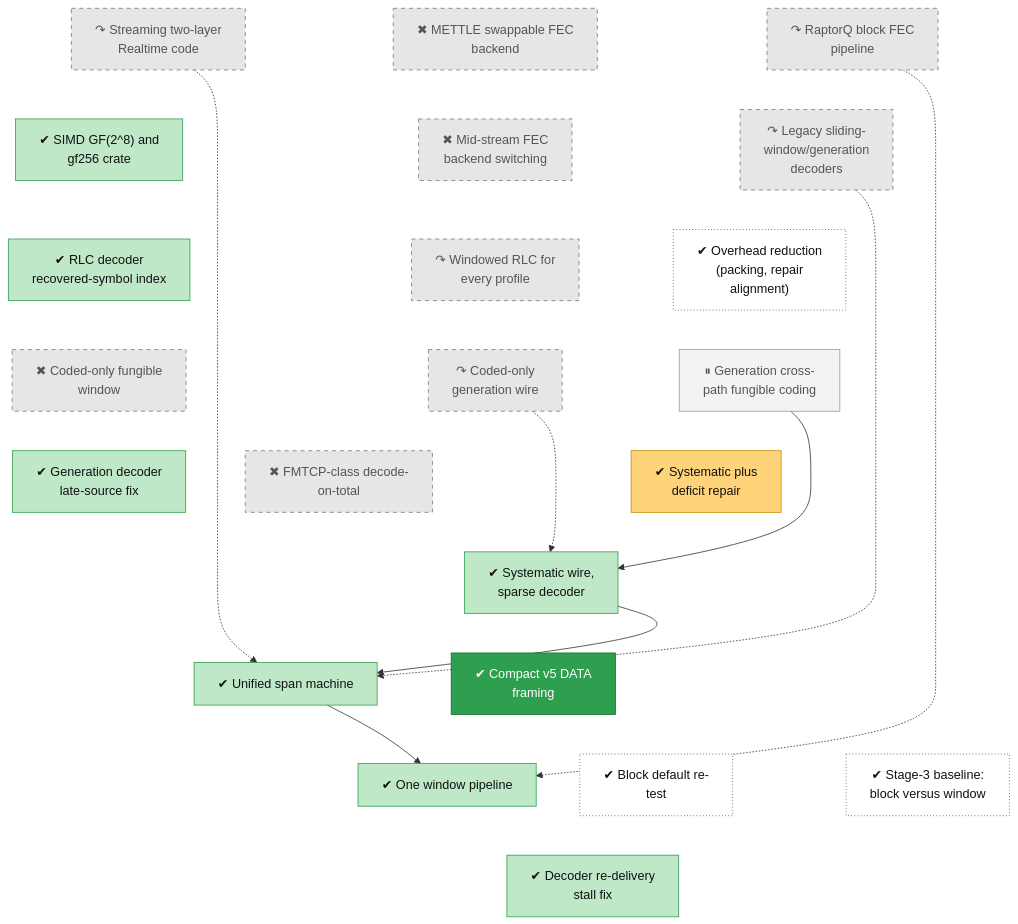
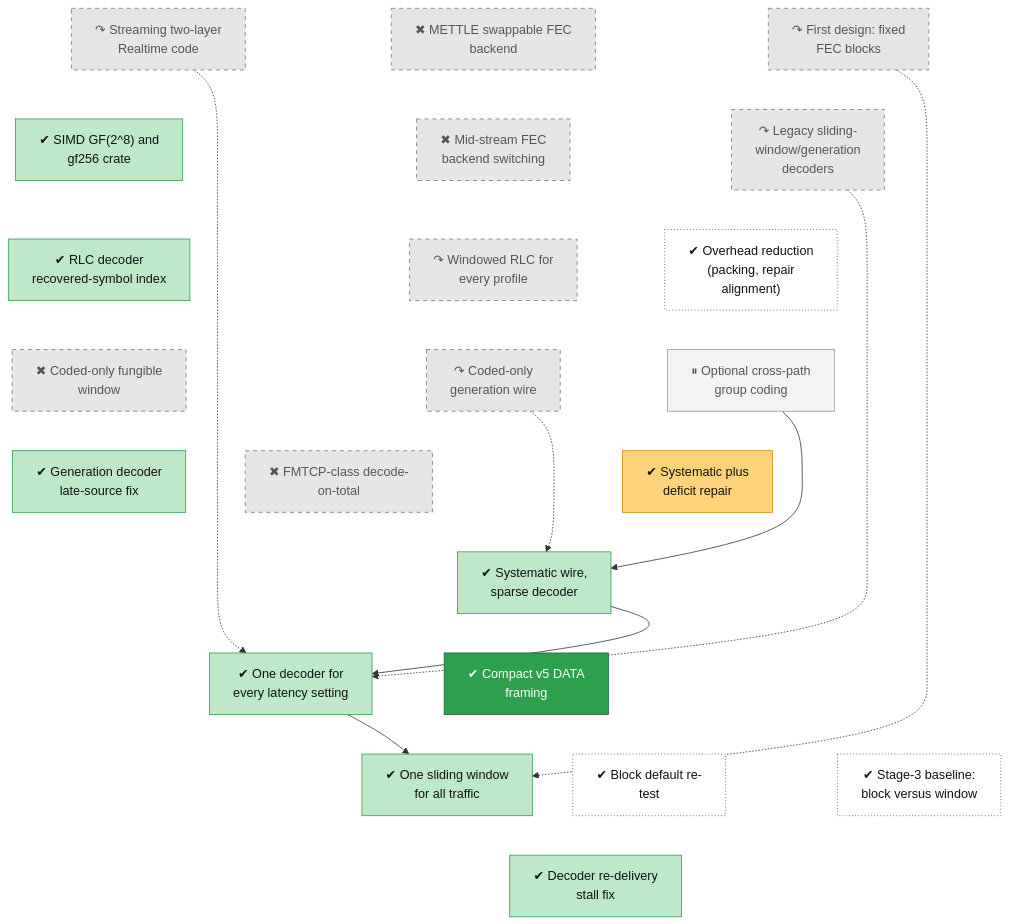
One commit to lhns/raptorpath changed the diagram in docs/roadmap/tracks/cod.md. Above: the diagram before and after it, drawn with Mermaid. The commit also changed other lines of this file and 15 other files, not shown here.

First line of the commit message:
roadmap: titles and plain sentences from the re-check

````diff
--- a/docs/roadmap/tracks/cod.md
+++ b/docs/roadmap/tracks/cod.md
@@ -10,74 +10,74 @@
 ```mermaid
 flowchart TB
-    cod_block_pipeline["↷ RaptorQ block FEC<br/>pipeline"]
+    cod_block_pipeline["↷ First design: fixed<br/>FEC blocks"]
     cod_mettle["✖ METTLE swappable FEC<br/>backend"]
     cod_streaming_code["↷ Streaming two-layer<br/>Realtime code"]
     cod_legacy_rlc["↷ Legacy sliding-<br/>window/generation<br/>decoders"]
     cod_backend_switch["✖ Mid-stream FEC<br/>backend switching"]
     cod_gf256_simd["✔ SIMD GF(2^8) and<br/>gf256 crate"]
     cod_overhead_reduction["✔ Overhead reduction<br/>(packing, repair<br/>alignment)"]
     cod_rlc_all_profiles["↷ Windowed RLC for<br/>every profile"]
     cod_rlc_index["✔ RLC decoder<br/>recovered-symbol index"]
-    cod_generation_coding["⏸ Generation cross-<br/>path fungible coding"]
+    cod_generation_coding["⏸ Optional cross-path<br/>group coding"]
     cod_coded_only_wire["↷ Coded-only<br/>generation wire"]
     cod_fungible_window["✖ Coded-only fungible<br/>window"]
     cod_systematic_deficit["✔ Systematic plus<br/>deficit repair"]
     cod_fmtcp["✖ FMTCP-class decode-<br/>on-total"]
     cod_gen_decoder_fix["✔ Generation decoder<br/>late-source fix"]
     cod_systematic_wire["✔ Systematic wire,<br/>sparse decoder"]
-    cod_unified_span["✔ Unified span machine"]
+    cod_unified_span["✔ One decoder for<br/>every latency setting"]
     cod_wire_compact["✔ Compact v5 DATA<br/>framing"]
-    cod_one_pipeline["✔ One window pipeline"]
+    cod_one_pipeline["✔ One sliding window<br/>for all traffic"]
     cod_s4_block_retest["✔ Block default re-<br/>test"]
     cod_s5_stage3_baseline["✔ Stage-3 baseline:<br/>block versus window"]
     cod_debug_stall["✔ Decoder re-delivery<br/>stall fix"]
     cod_block_pipeline ~~~ cod_legacy_rlc
     cod_mettle ~~~ cod_backend_switch
     cod_streaming_code ~~~ cod_gf256_simd
     cod_legacy_rlc ~~~ cod_overhead_reduction
     cod_backend_switch ~~~ cod_rlc_all_profiles
     cod_gf256_simd ~~~ cod_rlc_index
     cod_overhead_reduction ~~~ cod_generation_coding
     cod_rlc_all_profiles ~~~ cod_coded_only_wire
     cod_rlc_index ~~~ cod_fungible_window
     cod_generation_coding ~~~ cod_systematic_deficit
     cod_coded_only_wire ~~~ cod_fmtcp
     cod_fungible_window ~~~ cod_gen_decoder_fix
     cod_systematic_deficit ~~~ cod_systematic_wire
     cod_fmtcp ~~~ cod_systematic_wire
     cod_gen_decoder_fix ~~~ cod_systematic_wire
     cod_systematic_wire ~~~ cod_unified_span
     cod_systematic_wire ~~~ cod_wire_compact
     cod_unified_span ~~~ cod_one_pipeline
     cod_wire_compact ~~~ cod_s4_block_retest
     cod_wire_compact ~~~ cod_s5_stage3_baseline
     cod_one_pipeline ~~~ cod_debug_stall
     cod_s4_block_retest ~~~ cod_debug_stall
     cod_s5_stage3_baseline ~~~ cod_debug_stall
     cod_block_pipeline -.-> cod_one_pipeline
     cod_streaming_code -.-> cod_unified_span
     cod_legacy_rlc -.-> cod_unified_span
     cod_coded_only_wire -.-> cod_systematic_wire
     cod_generation_coding --> cod_systematic_wire
     cod_systematic_wire --> cod_unified_span
     cod_unified_span --> cod_one_pipeline
     classDef vsucc fill:#2e9e4f,stroke:#1b6b34,color:#fff
     classDef succ fill:#bfe8c8,stroke:#2e9e4f,color:#111
     classDef mixed fill:#ffd37a,stroke:#c98a00,color:#111
     classDef bad fill:#f28b82,stroke:#b3261e,color:#111
     classDef dead fill:#e6e6e6,stroke:#777,stroke-dasharray:5 5,color:#555
     classDef inprog fill:#a8cdf5,stroke:#1f6fc5,color:#111
     classDef next fill:#fff,stroke:#333,color:#111
     classDef blocked fill:#fff,stroke:#b3261e,stroke-dasharray:2 2,color:#111
     classDef parked fill:#f3f3f3,stroke:#999,color:#555
     classDef unrated fill:#fff,stroke:#333,stroke-dasharray:1 3,color:#111
     classDef userdec fill:#d9c2f0,stroke:#7b3fb5,color:#111
     classDef defect fill:#ffe0b2,stroke:#d84315,stroke-width:2px,color:#111
     classDef waiting fill:#e3f2fd,stroke:#1f6fc5,stroke-dasharray:5 5,color:#111
     class cod_block_pipeline,cod_mettle,cod_streaming_code,cod_legacy_rlc,cod_backend_switch,cod_rlc_all_profiles,cod_coded_only_wire,cod_fungible_window,cod_fmtcp dead
     class cod_gf256_simd,cod_rlc_index,cod_gen_decoder_fix,cod_systematic_wire,cod_unified_span,cod_one_pipeline,cod_debug_stall succ
     class cod_overhead_reduction,cod_s4_block_retest,cod_s5_stage3_baseline unrated
     class cod_generation_coding parked
     class cod_systematic_deficit mixed
     class cod_wire_compact vsucc
 ```
````
